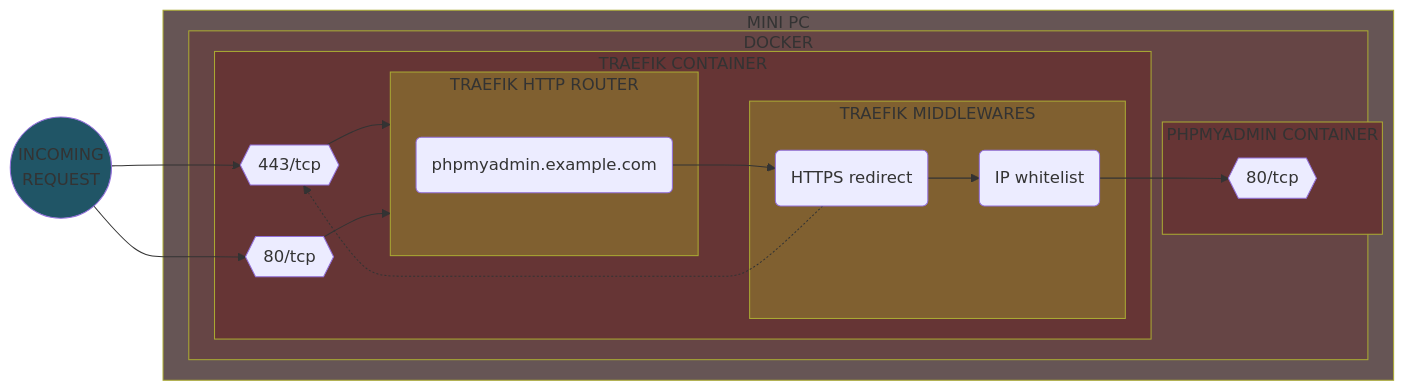
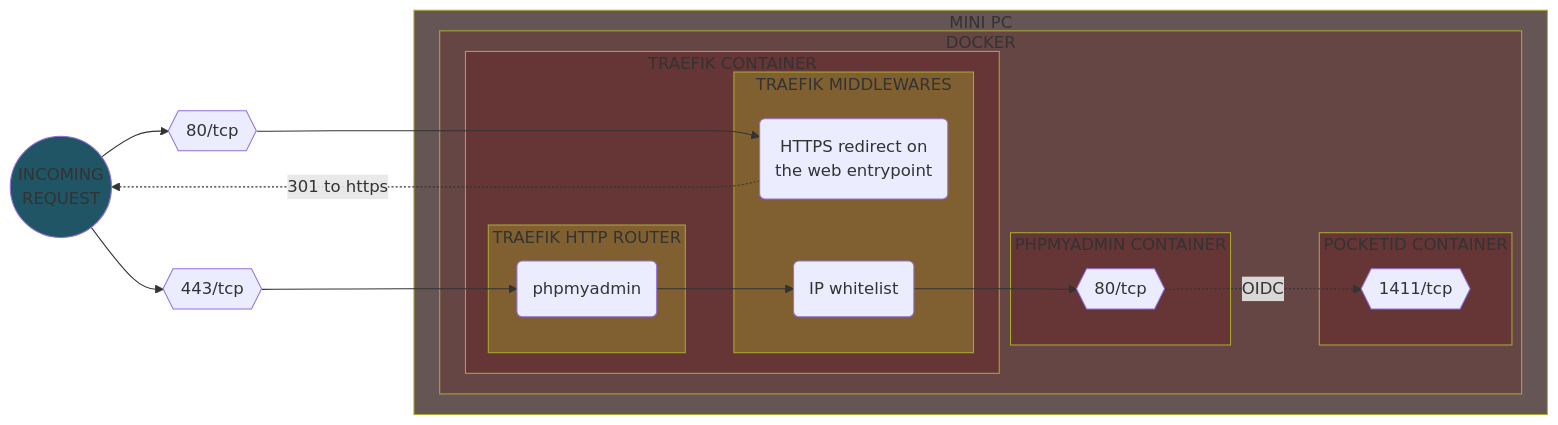
Diagram 15 of 31 in README.md (Yann39/self-hosted-n100), drawn with Mermaid before and after one commit. The commit also changed other lines of this file, not shown here.

````diff
--- a/README.md
+++ b/README.md
@@ -3922,47 +3919,51 @@
 ```mermaid
 flowchart LR
     style INCOMING_REQUEST fill: #205566
     style TRAEFIK_CONTAINER fill: #663535
     style APP_CONTAINER fill: #663535
+    style POCKETID_CONTAINER fill: #663535
     style TRAEFIK_ROUTER fill: #806030
     style TRAEFIK_MIDDLEWARE fill: #806030
     style SERVER_DEVICE fill: #665555
     style CONTAINER_ENGINE fill: #664545
     DOCKER_TRAEFIK_PORT443{{443/tcp}}
     DOCKER_TRAEFIK_PORT80{{80/tcp}}
     DOCKER_APP_PORT{{80/tcp}}
-    TRAEFIK_ROUTER_APP(phpmyadmin.example.com)
-    TRAEFIK_MIDDLEWARE_REDIRECT(HTTPS redirect)
+    DOCKER_POCKETID_PORT{{1411/tcp}}
+    TRAEFIK_ROUTER_APP(phpmyadmin)
+    TRAEFIK_MIDDLEWARE_REDIRECT(HTTPS redirect on<br>the web entrypoint)
     TRAEFIK_MIDDLEWARE_IP_WHITELIST(IP whitelist)
     INCOMING_REQUEST((INCOMING\nREQUEST))
-    INCOMING_REQUEST --> DOCKER_TRAEFIK_PORT443
-    INCOMING_REQUEST --> DOCKER_TRAEFIK_PORT80
 
     subgraph SERVER_DEVICE[MINI PC]
         subgraph CONTAINER_ENGINE[DOCKER]
             subgraph APP_CONTAINER[PHPMYADMIN CONTAINER]
                 DOCKER_APP_PORT
             end
 
             subgraph TRAEFIK_CONTAINER[TRAEFIK CONTAINER]
-                DOCKER_TRAEFIK_PORT443 --> TRAEFIK_ROUTER
-                DOCKER_TRAEFIK_PORT80 --> TRAEFIK_ROUTER
-
                 subgraph TRAEFIK_ROUTER[TRAEFIK HTTP ROUTER]
                     TRAEFIK_ROUTER_APP
                 end
 
                 subgraph TRAEFIK_MIDDLEWARE[TRAEFIK MIDDLEWARES]
                     TRAEFIK_MIDDLEWARE_REDIRECT
                     TRAEFIK_MIDDLEWARE_IP_WHITELIST
                 end
-
-                TRAEFIK_MIDDLEWARE_REDIRECT --> TRAEFIK_MIDDLEWARE_IP_WHITELIST
-                TRAEFIK_MIDDLEWARE_REDIRECT -.-> DOCKER_TRAEFIK_PORT443
-                TRAEFIK_MIDDLEWARE_IP_WHITELIST --> DOCKER_APP_PORT
-                TRAEFIK_ROUTER_APP --> TRAEFIK_MIDDLEWARE_REDIRECT
             end
 
+            subgraph POCKETID_CONTAINER[POCKETID CONTAINER]
+                DOCKER_POCKETID_PORT
+            end
         end
     end
+
+    INCOMING_REQUEST --> DOCKER_TRAEFIK_PORT443
+    INCOMING_REQUEST --> DOCKER_TRAEFIK_PORT80
+    DOCKER_TRAEFIK_PORT80 ---> TRAEFIK_MIDDLEWARE_REDIRECT
+    TRAEFIK_MIDDLEWARE_REDIRECT -.->|301 to https| INCOMING_REQUEST
+    DOCKER_TRAEFIK_PORT443 --> TRAEFIK_ROUTER_APP
+    TRAEFIK_MIDDLEWARE_IP_WHITELIST --> DOCKER_APP_PORT
+    TRAEFIK_ROUTER_APP --> TRAEFIK_MIDDLEWARE_IP_WHITELIST
+    DOCKER_APP_PORT -..->|OIDC| DOCKER_POCKETID_PORT
 ```
````
